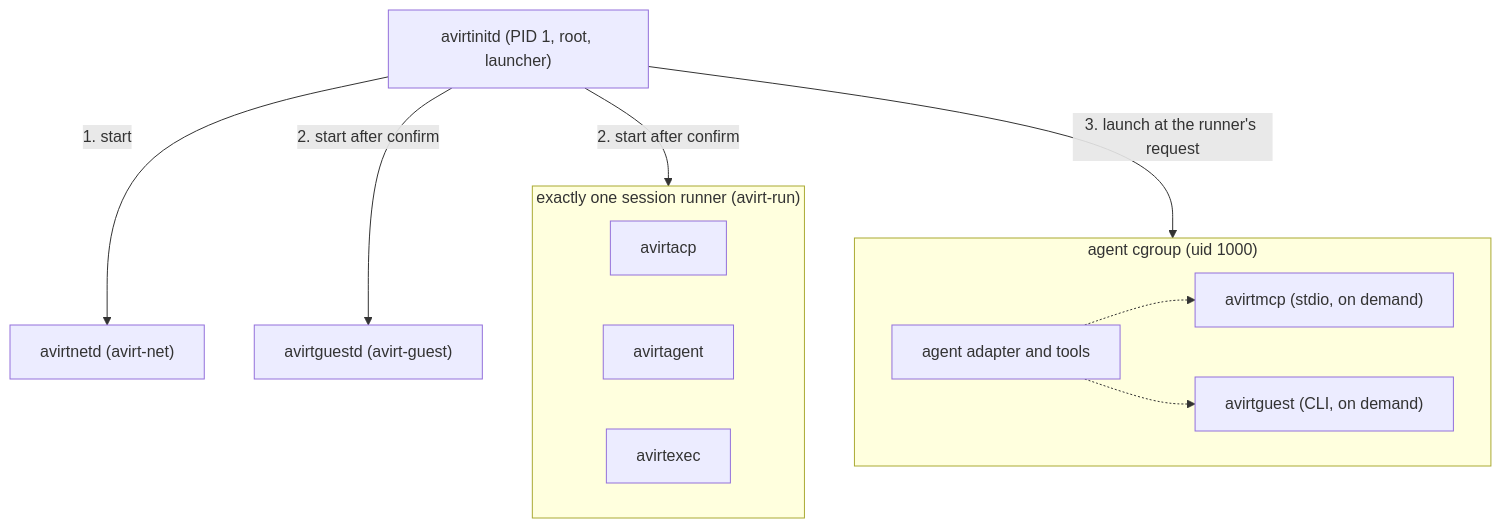
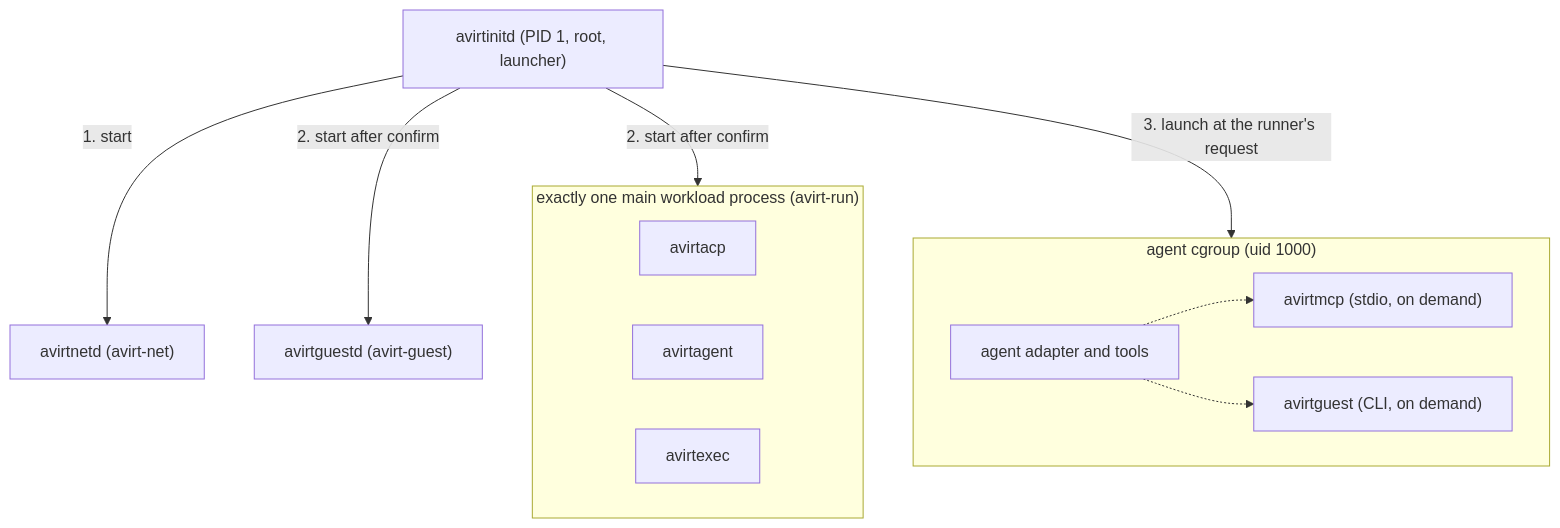
One commit to tbhb-dev/avirt changed the third of 4 diagrams in docs/components.md. Above: the diagram before and after it, drawn with Mermaid. The commit also changed other lines of this file and 61 other files, not shown here.

First line of the commit message:
docs: design the avirt component architecture

````diff
--- a/docs/components.md
+++ b/docs/components.md
@@ -247,22 +224,22 @@
 ```mermaid
 flowchart TD
     init["avirtinitd (PID 1, root, launcher)"]
     net["avirtnetd (avirt-net)"]
-    subgraph one["exactly one session runner (avirt-run)"]
+    subgraph one["exactly one main workload process (avirt-run)"]
         acp["avirtacp"]
         agentr["avirtagent"]
         exec["avirtexec"]
     end
     guestd["avirtguestd (avirt-guest)"]
     subgraph cg["agent cgroup (uid 1000)"]
         adapter["agent adapter and tools"]
         mcp["avirtmcp (stdio, on demand)"]
         guest["avirtguest (CLI, on demand)"]
     end
     init -->|"1. start"| net
     init -->|"2. start after confirm"| one
     init -->|"2. start after confirm"| guestd
     init -->|"3. launch at the runner's request"| cg
     adapter -.-> mcp
     adapter -.-> guest
 ```
````
